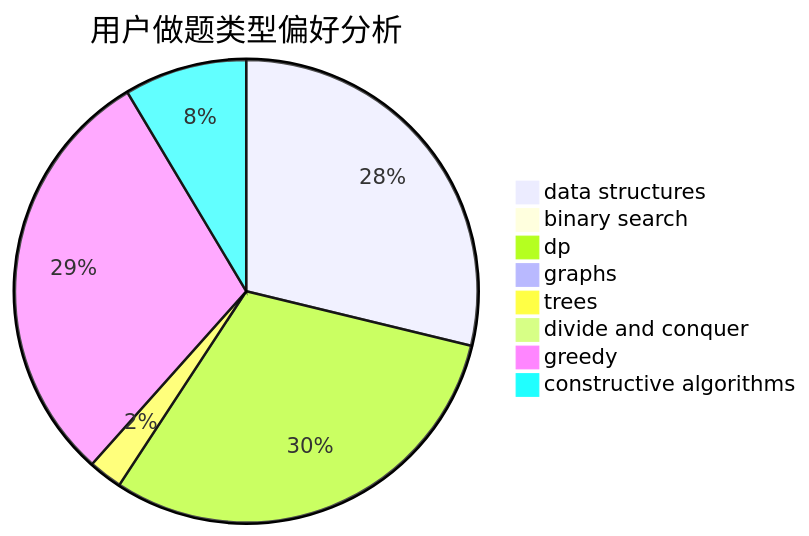
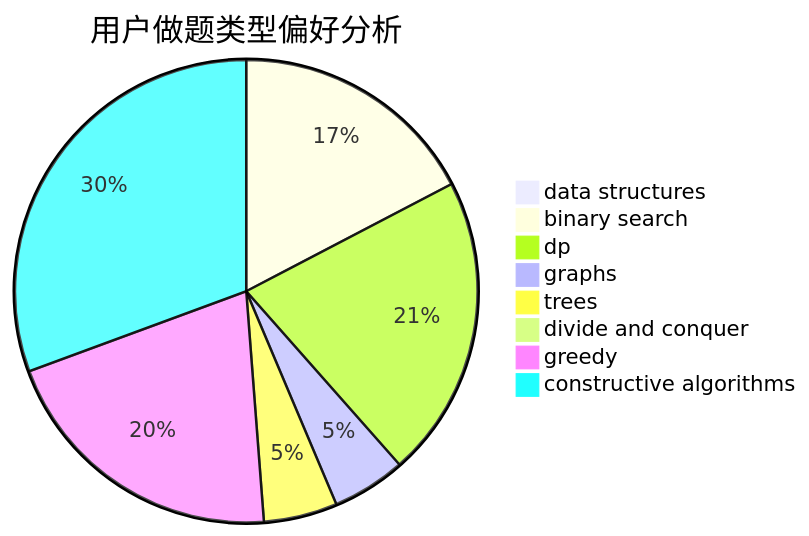
Before and after one commit to sherpahu/cfrs.github.io: the second of 3 diagrams in docs/user/u2758.md, drawn with Mermaid. The commit also changed other lines of this file and 2770 other files, not shown here.

````diff
--- a/docs/user/u2758.md
+++ b/docs/user/u2758.md
@@ -23,11 +23,11 @@
 ```mermaid
 pie title 用户做题类型偏好分析
-    "data structures" :  329
-    "binary search" :  0
-    "dp" :  348
-    "graphs" :  9
-    "trees" :  27
-    "divide and conquer" :  9
-    "greedy" :  341
-    "constructive algorithms" :  98
+    "data structures" :  2
+    "binary search" :  64
+    "dp" :  78
+    "graphs" :  19
+    "trees" :  19
+    "divide and conquer" :  0
+    "greedy" :  76
+    "constructive algorithms" :  113
 ```
````
